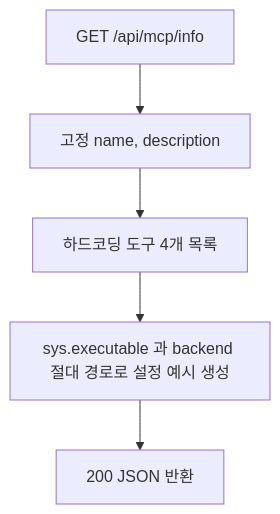
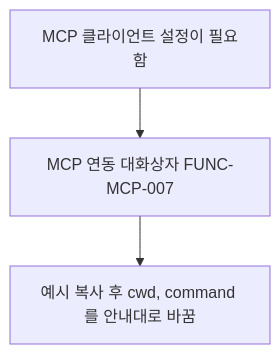
One commit to ozplayground/agent-lens changed the sixth of 7 diagrams in docs/spec-writer/fsd/06_MCP_SERVER_SPECIFICATION.md. Above: the diagram before and after it, drawn with Mermaid. The commit also changed other lines of this file and 216 other files, not shown here.

````diff
--- a/docs/spec-writer/fsd/06_MCP_SERVER_SPECIFICATION.md
+++ b/docs/spec-writer/fsd/06_MCP_SERVER_SPECIFICATION.md
@@ -387,7 +391,5 @@
 ```mermaid
 flowchart TD
-    A["GET /api/mcp/info"] --> B["고정 name, description"]
-    B --> C["하드코딩 도구 4개 목록"]
-    C --> D["sys.executable 과 backend 절대 경로로 설정 예시 생성"]
-    D --> E["200 JSON 반환"]
+    A["MCP 클라이언트 설정이 필요함"] --> B["MCP 연동 대화상자 FUNC-MCP-007"]
+    B --> C["예시 복사 후 cwd, command 를 안내대로 바꿈"]
 ```
````
